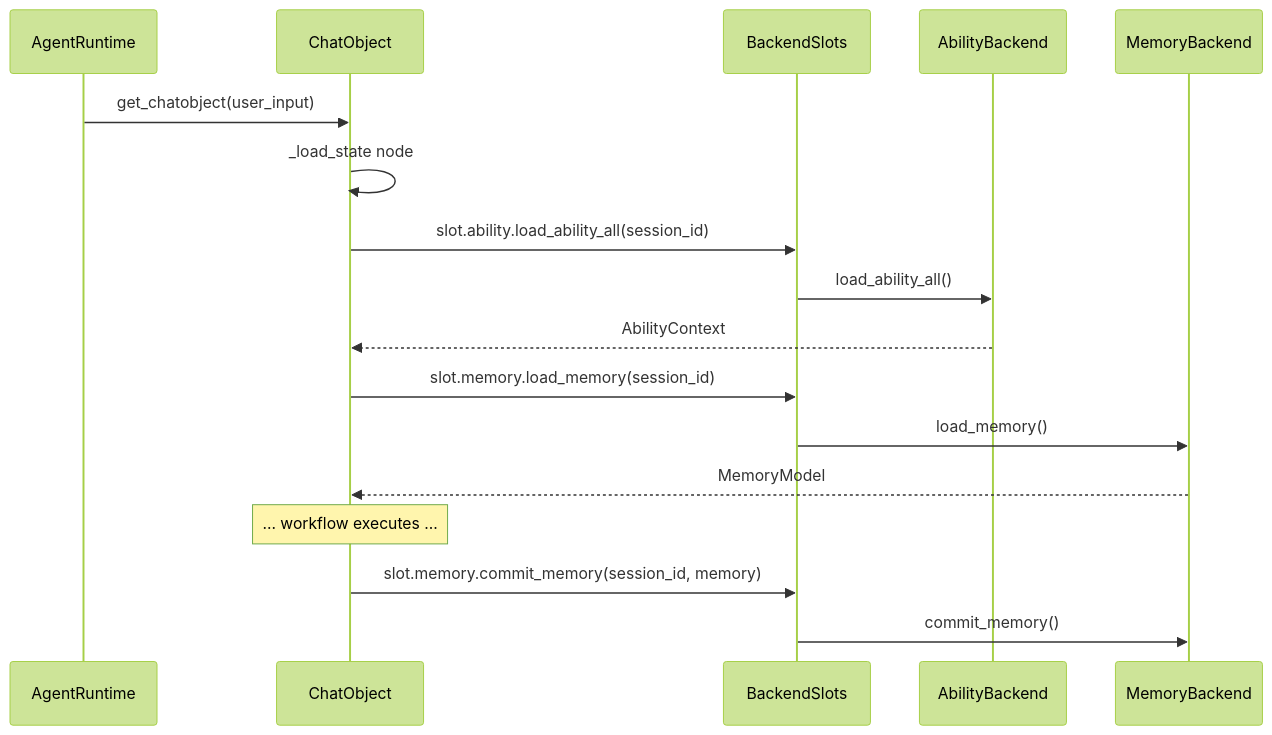
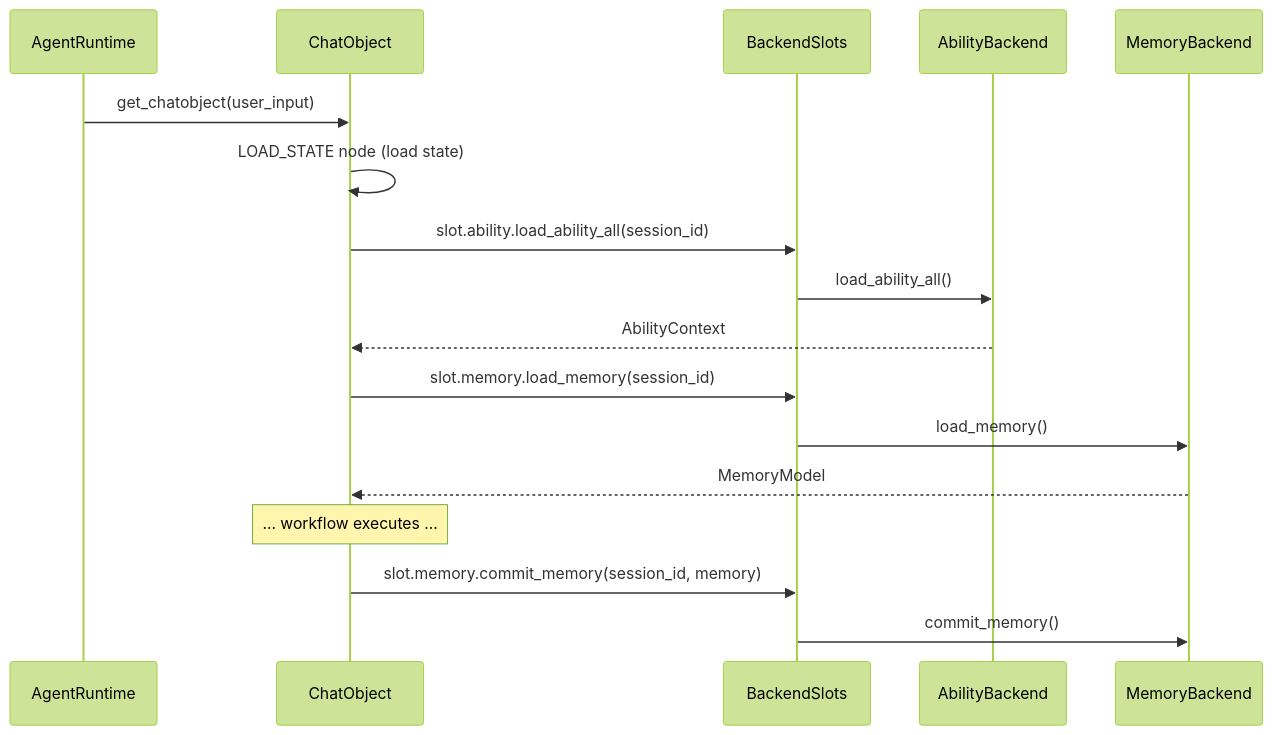
One commit to AmritaBot/AmritaCore changed the diagram in docs/docs/guide/concepts/data-backend.md. Above: the diagram before and after it, drawn with Mermaid (forest theme). The commit also changed other lines of this file and 32 other files, not shown here.

````diff
--- a/docs/docs/guide/concepts/data-backend.md
+++ b/docs/docs/guide/concepts/data-backend.md
@@ -162,20 +164,20 @@
 ```mermaid
 sequenceDiagram
     participant AR as AgentRuntime
     participant CO as ChatObject
     participant BS as BackendSlots
     participant AB as AbilityBackend
     participant MB as MemoryBackend
 
     AR->>CO: get_chatobject(user_input)
-    CO->>CO: _load_state node
+    CO->>CO: LOAD_STATE node (load state)
     CO->>BS: slot.ability.load_ability_all(session_id)
     BS->>AB: load_ability_all()
     AB-->>CO: AbilityContext
     CO->>BS: slot.memory.load_memory(session_id)
     BS->>MB: load_memory()
     MB-->>CO: MemoryModel
     Note over CO: ... workflow executes ...
     CO->>BS: slot.memory.commit_memory(session_id, memory)
     BS->>MB: commit_memory()
 ```
````
